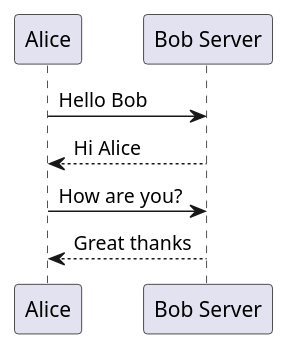
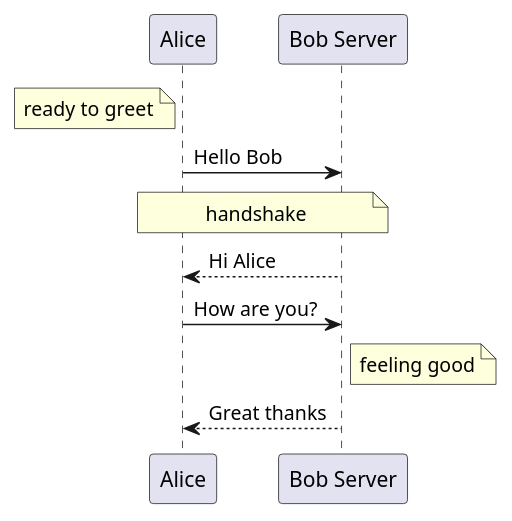
One commit to yingkitw/diagram changed the diagram in examples/sequence.puml. Above: the diagram before and after it, drawn with PlantUML. The commit also changed 13 other files, not shown here.

First line of the commit message:
Enhance diagram tool with sequence and class diagram improvements

```diff
--- a/examples/sequence.puml
+++ b/examples/sequence.puml
@@ -1,8 +1,13 @@
 @startuml
 participant Alice
 participant "Bob Server" as Bob
+note left of Alice: ready to greet
 Alice -> Bob: Hello Bob
+note over Alice, Bob: handshake
 Bob --> Alice: Hi Alice
 Alice -> Bob: How are you?
+note right of Bob
+feeling good
+end note
 Bob --> Alice: Great thanks
 @enduml
```
